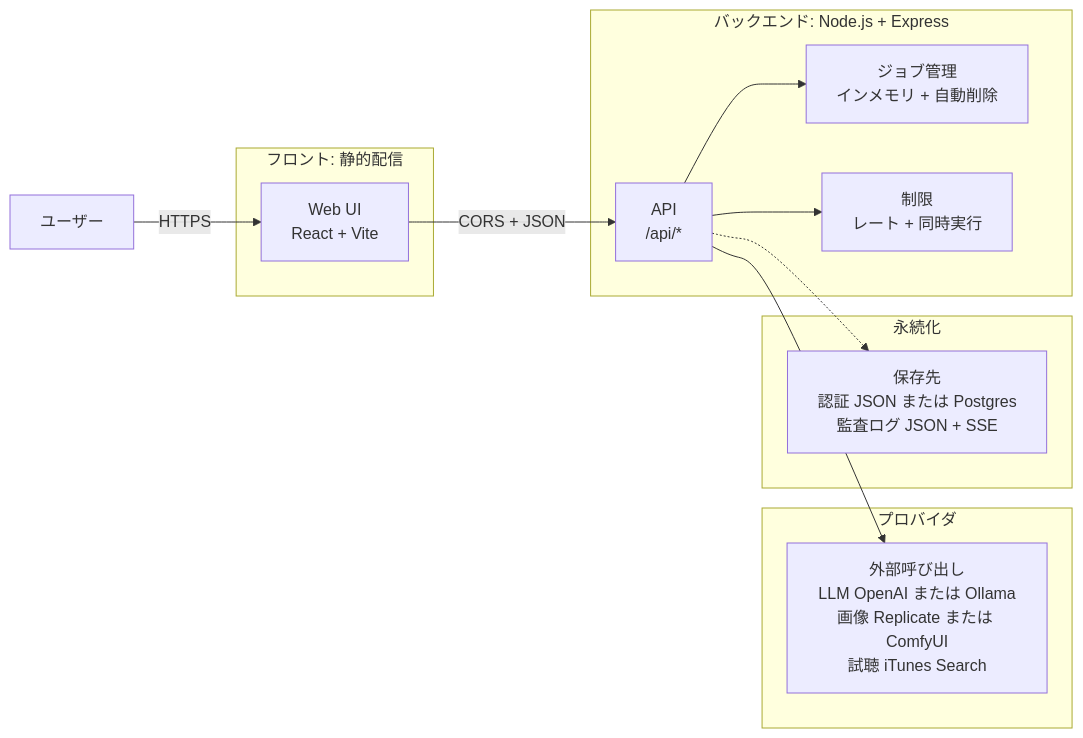
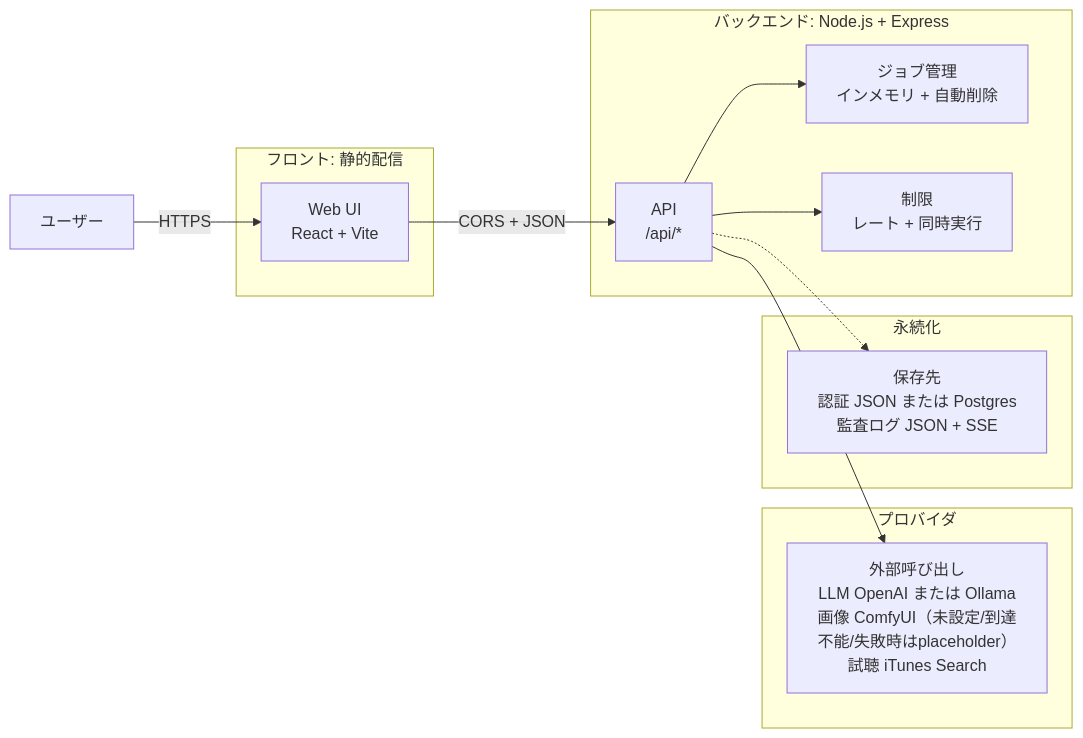
Before and after one commit to AKITO-AKI/AIRIA-BEYOND: the first of 2 diagrams in docs/SYSTEM_ARCHITECTURE.md, drawn with Mermaid. The commit also changed other lines of this file and 24 other files, not shown here.

````diff
--- a/docs/SYSTEM_ARCHITECTURE.md
+++ b/docs/SYSTEM_ARCHITECTURE.md
@@ -9,29 +9,29 @@
 ```mermaid
 flowchart LR
   U[ユーザー]
 
   subgraph FE[フロント: 静的配信]
     FE1[Web UI<br/>React + Vite]
   end
 
   subgraph API[バックエンド: Node.js + Express]
     API1[API<br/>/api/*]
     JOB[ジョブ管理<br/>インメモリ + 自動削除]
     RL[制限<br/>レート + 同時実行]
   end
 
   subgraph PR[プロバイダ]
-    P[外部呼び出し<br/>LLM OpenAI または Ollama<br/>画像 Replicate または ComfyUI<br/>試聴 iTunes Search]
+    P[外部呼び出し<br/>LLM OpenAI または Ollama<br/>画像 ComfyUI（未設定/到達不能/失敗時はplaceholder）<br/>試聴 iTunes Search]
   end
 
   subgraph DATA[永続化]
     D[保存先<br/>認証 JSON または Postgres<br/>監査ログ JSON + SSE]
   end
 
   U -->|HTTPS| FE1
   FE1 -->|CORS + JSON| API1
   API1 --> JOB
   API1 --> RL
   API1 --> P
   API1 -.-> D
 ```
````
